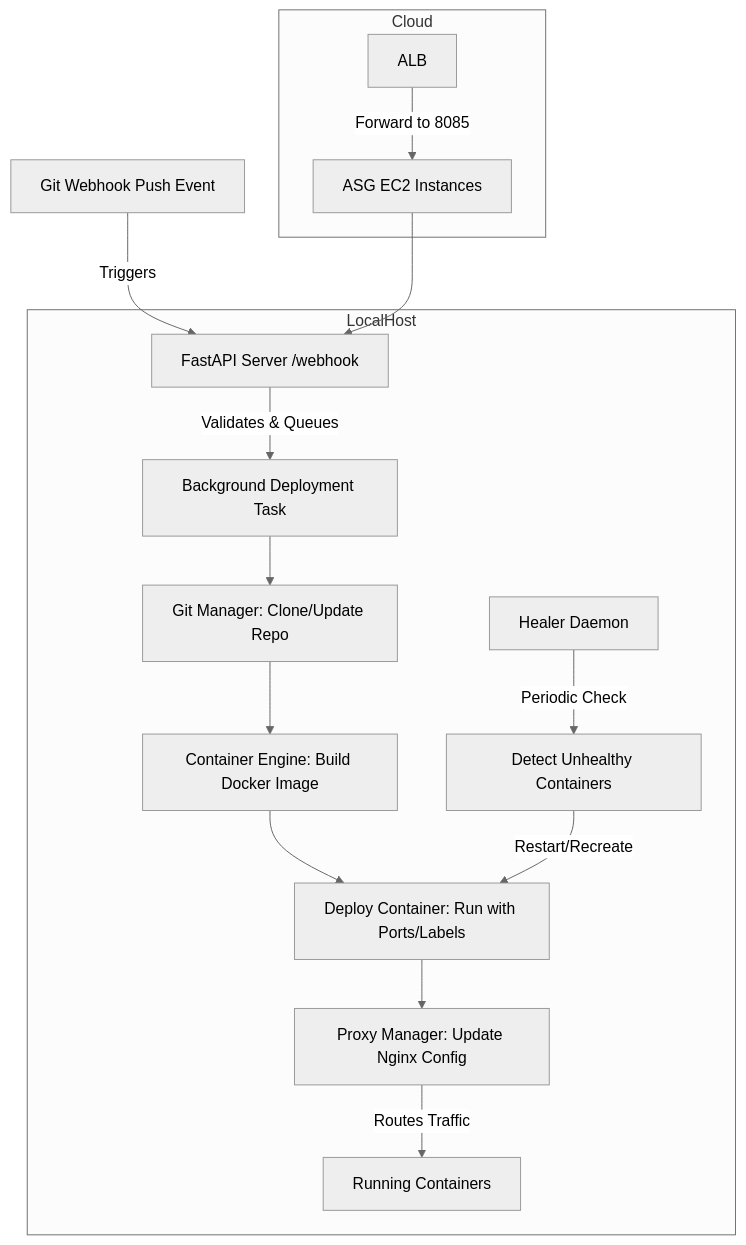
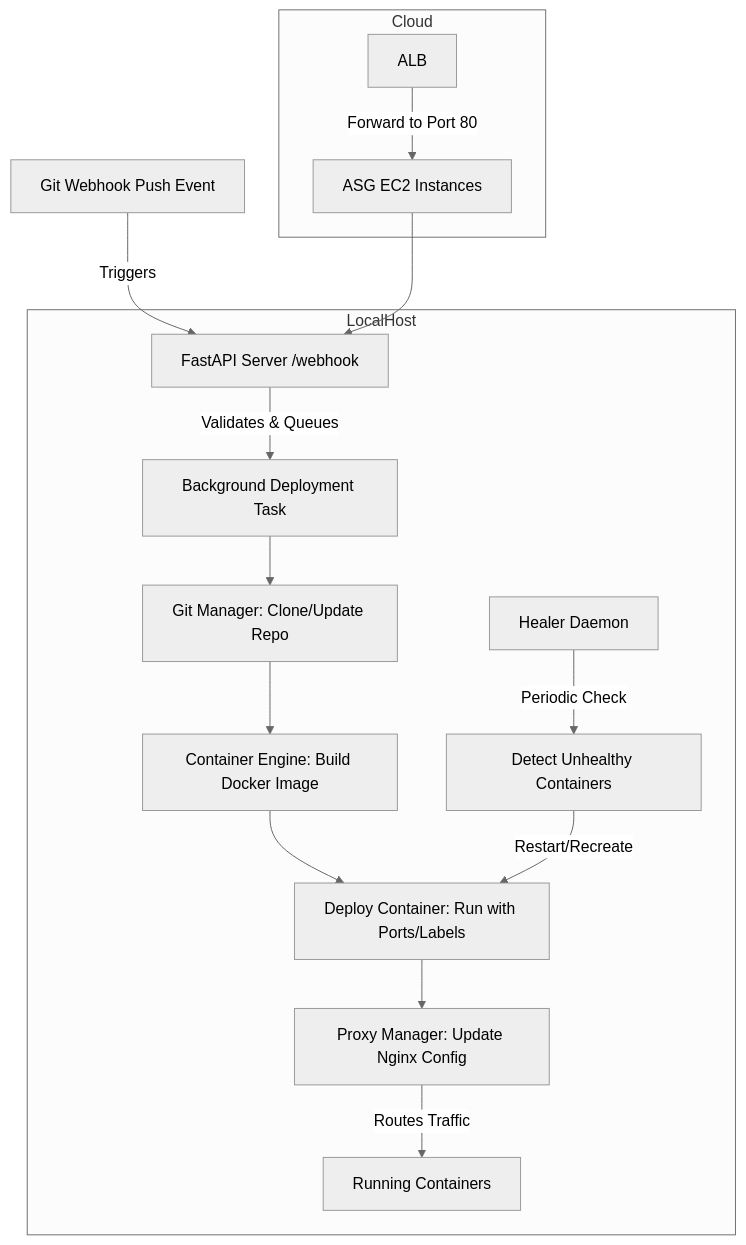
One commit to AlinaSHforwork/git-deploy-healer changed the diagram in README.md. Above: the diagram before and after it, drawn with Mermaid (neutral theme). The commit also changed other lines of this file and 7 other files, not shown here.

````diff
--- a/README.md
+++ b/README.md
@@ -51,32 +51,32 @@
 ```mermaid
 flowchart TD
     A[Git Webhook Push Event] -->|Triggers| B[FastAPI Server /webhook]
     B -->|Validates & Queues| C[Background Deployment Task]
     C --> D[Git Manager: Clone/Update Repo]
     D --> E[Container Engine: Build Docker Image]
     E --> F[Deploy Container: Run with Ports/Labels]
     F --> G[Proxy Manager: Update Nginx Config]
     G -->|Routes Traffic| H[Running Containers]
     I[Healer Daemon] -->|Periodic Check| J[Detect Unhealthy Containers]
     J -->|Restart/Recreate| F
-    K[ALB] -->|Forward to 8085| L[ASG EC2 Instances]
+    K[ALB] -->|Forward to Port 80| L[ASG EC2 Instances]
     L --> B
 
     subgraph LocalHost
         B
         C
         D
         E
         F
         G
         H
         I
         J
     end
 
     subgraph Cloud
         K
         L
     end
 
 ```
````
